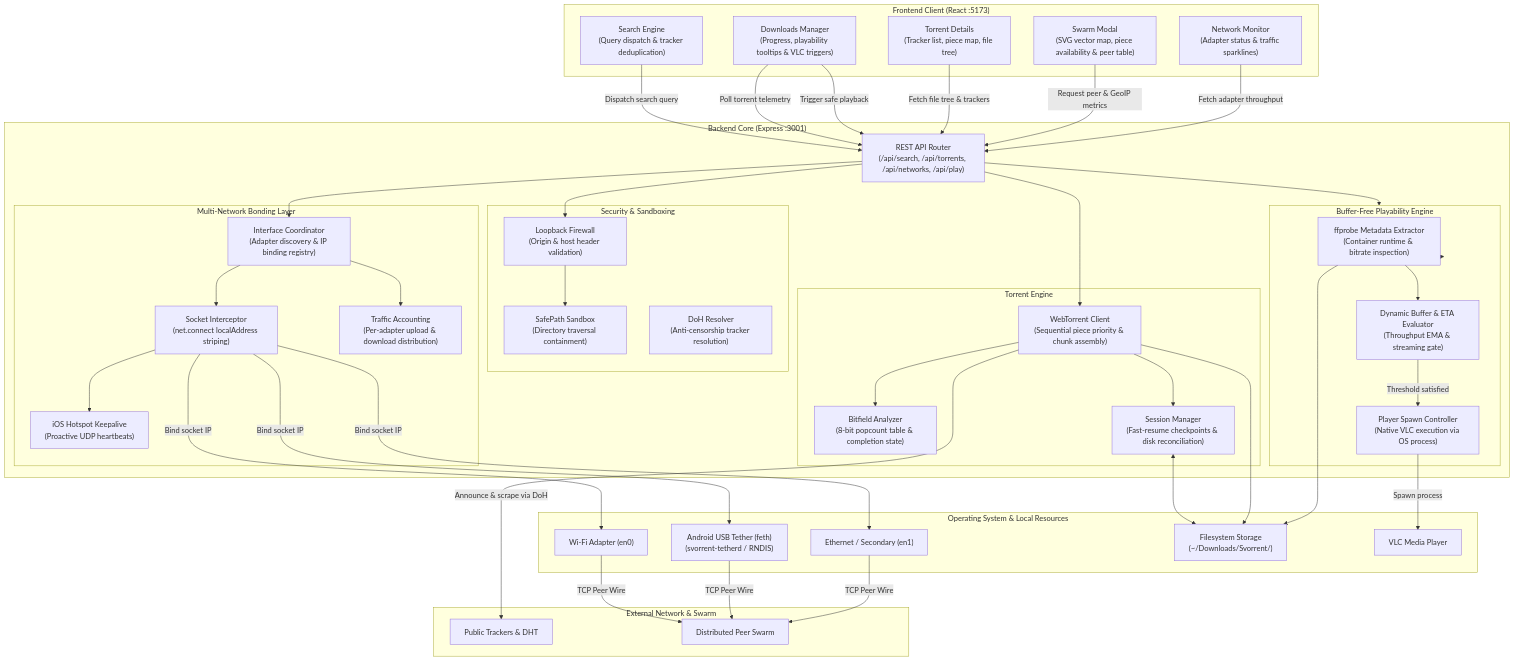
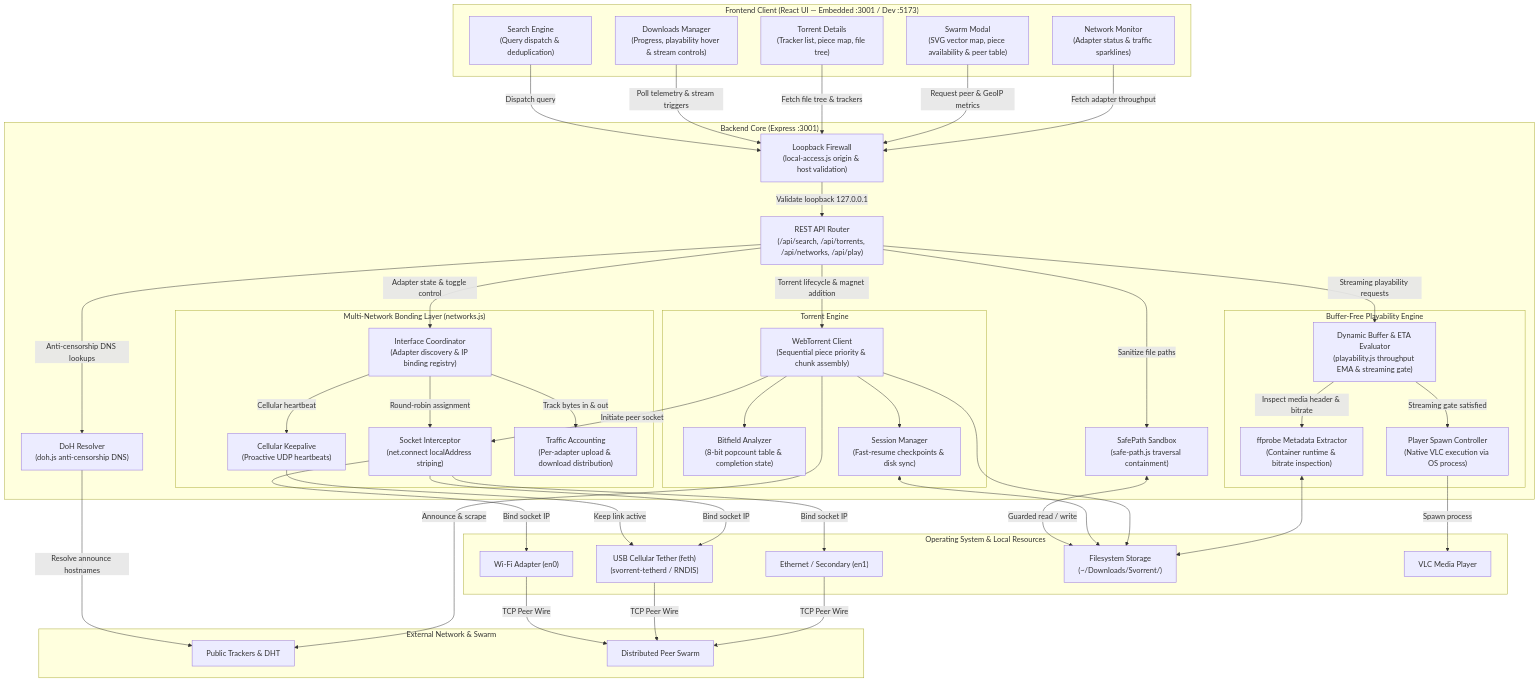
The diagram in README.md (AdhishXD/svorrent), drawn with Mermaid before and after one commit.

Commit message:
docs(readme): refine architecture flowchart ingress and subsystem connections

````diff
--- a/README.md
+++ b/README.md
@@ -193,45 +193,42 @@
 ```mermaid
 flowchart TD
-    subgraph Client["Frontend Client (React :5173)"]
-        UI_Search["Search Engine<br/>(Query dispatch & tracker deduplication)"]
-        UI_Queue["Downloads Manager<br/>(Progress, playability tooltips & VLC triggers)"]
+    subgraph Client["Frontend Client (React UI — Embedded :3001 / Dev :5173)"]
+        UI_Search["Search Engine<br/>(Query dispatch & deduplication)"]
+        UI_Queue["Downloads Manager<br/>(Progress, playability hover & stream controls)"]
         UI_Details["Torrent Details<br/>(Tracker list, piece map, file tree)"]
         UI_Swarm["Swarm Modal<br/>(SVG vector map, piece availability & peer table)"]
         UI_Net["Network Monitor<br/>(Adapter status & traffic sparklines)"]
     end
 
     subgraph Server["Backend Core (Express :3001)"]
+        Firewall["Loopback Firewall<br/>(local-access.js origin & host validation)"]
         API["REST API Router<br/>(/api/search, /api/torrents, /api/networks, /api/play)"]
-        
-        subgraph SecLayer["Security & Sandboxing"]
-            Firewall["Loopback Firewall<br/>(Origin & host header validation)"]
-            SafePath["SafePath Sandbox<br/>(Directory traversal containment)"]
-            DoH["DoH Resolver<br/>(Anti-censorship tracker resolution)"]
-        end
+        SafePath["SafePath Sandbox<br/>(safe-path.js traversal containment)"]
+        DoH["DoH Resolver<br/>(doh.js anti-censorship DNS)"]
 
         subgraph TorrentEngine["Torrent Engine"]
             WT["WebTorrent Client<br/>(Sequential piece priority & chunk assembly)"]
             Bitfield["Bitfield Analyzer<br/>(8-bit popcount table & completion state)"]
-            Session["Session Manager<br/>(Fast-resume checkpoints & disk reconciliation)"]
+            Session["Session Manager<br/>(Fast-resume checkpoints & disk sync)"]
         end
 
         subgraph MediaEngine["Buffer-Free Playability Engine"]
+            Calc["Dynamic Buffer & ETA Evaluator<br/>(playability.js throughput EMA & streaming gate)"]
             Probe["ffprobe Metadata Extractor<br/>(Container runtime & bitrate inspection)"]
-            Calc["Dynamic Buffer & ETA Evaluator<br/>(Throughput EMA & streaming gate)"]
             Launcher["Player Spawn Controller<br/>(Native VLC execution via OS process)"]
         end
 
-        subgraph NetLayer["Multi-Network Bonding Layer"]
+        subgraph NetLayer["Multi-Network Bonding Layer (networks.js)"]
             NetMgr["Interface Coordinator<br/>(Adapter discovery & IP binding registry)"]
             SocketHook["Socket Interceptor<br/>(net.connect localAddress striping)"]
-            Keepalive["iOS Hotspot Keepalive<br/>(Proactive UDP heartbeats)"]
+            Keepalive["Cellular Keepalive<br/>(Proactive UDP heartbeats)"]
             Telemetry["Traffic Accounting<br/>(Per-adapter upload & download distribution)"]
         end
     end
 
     subgraph OS["Operating System & Local Resources"]
         IF_WiFi["Wi-Fi Adapter (en0)"]
-        IF_Tether["Android USB Tether (feth)<br/>(svorrent-tetherd / RNDIS)"]
+        IF_Tether["USB Cellular Tether (feth)<br/>(svorrent-tetherd / RNDIS)"]
         IF_Eth["Ethernet / Secondary (en1)"]
         Disk["Filesystem Storage<br/>(~/Downloads/Svorrent/)"]
         VLC["VLC Media Player"]
@@ -242,37 +239,44 @@
         Peers["Distributed Peer Swarm"]
     end
 
-    %% Frontend to Backend interactions
-    UI_Search -->|Dispatch search query| API
-    UI_Queue -->|Poll torrent telemetry| API
-    UI_Queue -->|Trigger safe playback| API
-    UI_Details -->|Fetch file tree & trackers| API
-    UI_Swarm -->|Request peer & GeoIP metrics| API
-    UI_Net -->|Fetch adapter throughput| API
+    %% Inbound Security & Request Routing
+    UI_Search -->|Dispatch query| Firewall
+    UI_Queue -->|Poll telemetry & stream triggers| Firewall
+    UI_Details -->|Fetch file tree & trackers| Firewall
+    UI_Swarm -->|Request peer & GeoIP metrics| Firewall
+    UI_Net -->|Fetch adapter throughput| Firewall
 
-    %% Backend internal orchestration
-    API --> Firewall
-    Firewall --> SafePath
-    API --> WT
-    API --> NetMgr
-    API --> MediaEngine
-    
+    Firewall -->|Validate loopback 127.0.0.1| API
+    API -->|Sanitize file paths| SafePath
+    SafePath <-->|Guarded read / write| Disk
+
+    %% API Dispatches to Subsystems
+    API -->|Torrent lifecycle & magnet addition| WT
+    API -->|Adapter state & toggle control| NetMgr
+    API -->|Streaming playability requests| Calc
+    API -->|Anti-censorship DNS lookups| DoH
+
+    %% Torrent Engine orchestration
     WT --> Bitfield
     WT --> Session
     Session <--> Disk
     WT --> Disk
+    DoH -->|Resolve announce hostnames| Trackers
+    WT -->|Announce & scrape| Trackers
 
     %% Playability flow
-    MediaEngine --> Probe
-    Probe --> Disk
-    Probe --> Calc
-    Calc -->|Threshold satisfied| Launcher
+    Calc -->|Inspect media header & bitrate| Probe
+    Probe <--> Disk
+    Calc -->|Streaming gate satisfied| Launcher
     Launcher -->|Spawn process| VLC
 
     %% Multi-network socket routing
-    NetMgr --> SocketHook
-    NetMgr --> Telemetry
-    SocketHook --> Keepalive
+    NetMgr -->|Round-robin assignment| SocketHook
+    NetMgr -->|Cellular heartbeat| Keepalive
+    NetMgr -->|Track bytes in & out| Telemetry
+    Keepalive -->|Keep link active| IF_Tether
+
+    WT -->|Initiate peer socket| SocketHook
     SocketHook -->|Bind socket IP| IF_WiFi
     SocketHook -->|Bind socket IP| IF_Tether
     SocketHook -->|Bind socket IP| IF_Eth
@@ -281,5 +285,4 @@
     IF_WiFi -->|TCP Peer Wire| Peers
     IF_Tether -->|TCP Peer Wire| Peers
     IF_Eth -->|TCP Peer Wire| Peers
-    WT -->|Announce & scrape via DoH| Trackers
 ```
````
